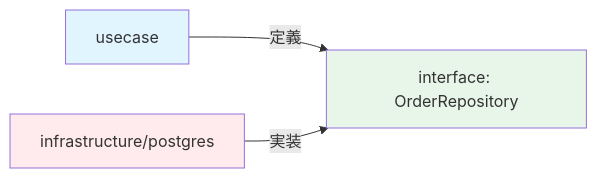
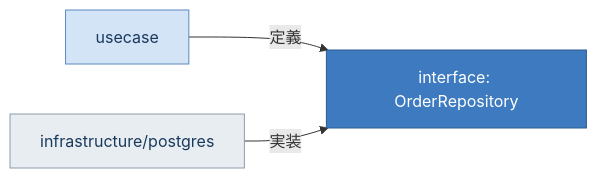
Before and after one commit to 135yshr/documents: the second of 2 diagrams in articles/808fbfe6b7db3d.md, drawn with Mermaid. The commit also changed other lines of this file, not shown here.

Commit message:
📝 unify diagram colors and bridge to Go section
- Align DIP diagram colors with concentric circle palette
- Add transition note from general DIP to Go-specific section

Entire-Checkpoint: c2e461e9798e

````diff
--- a/articles/808fbfe6b7db3d.md
+++ b/articles/808fbfe6b7db3d.md
@@ -115,8 +115,8 @@
 ```mermaid
 graph LR
     A[usecase] -->|定義| C[interface: OrderRepository]
     B[infrastructure/postgres] -->|実装| C
-    style A fill:#e1f5fe
-    style B fill:#ffebee
-    style C fill:#e8f5e9
+    style A fill:#d4e4f7,stroke:#5b8abf,color:#1a3a5c
+    style B fill:#e8edf2,stroke:#8c9bab,color:#1a3a5c
+    style C fill:#3d7abf,stroke:#2a5a8f,color:#ffffff
 ```
````
